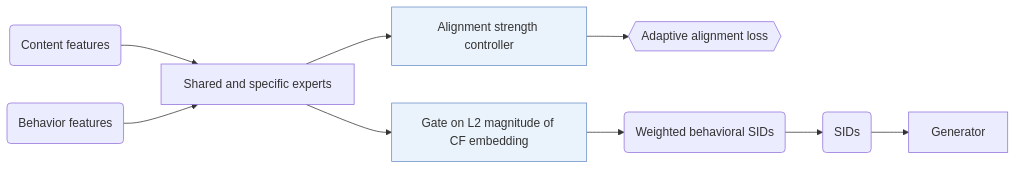
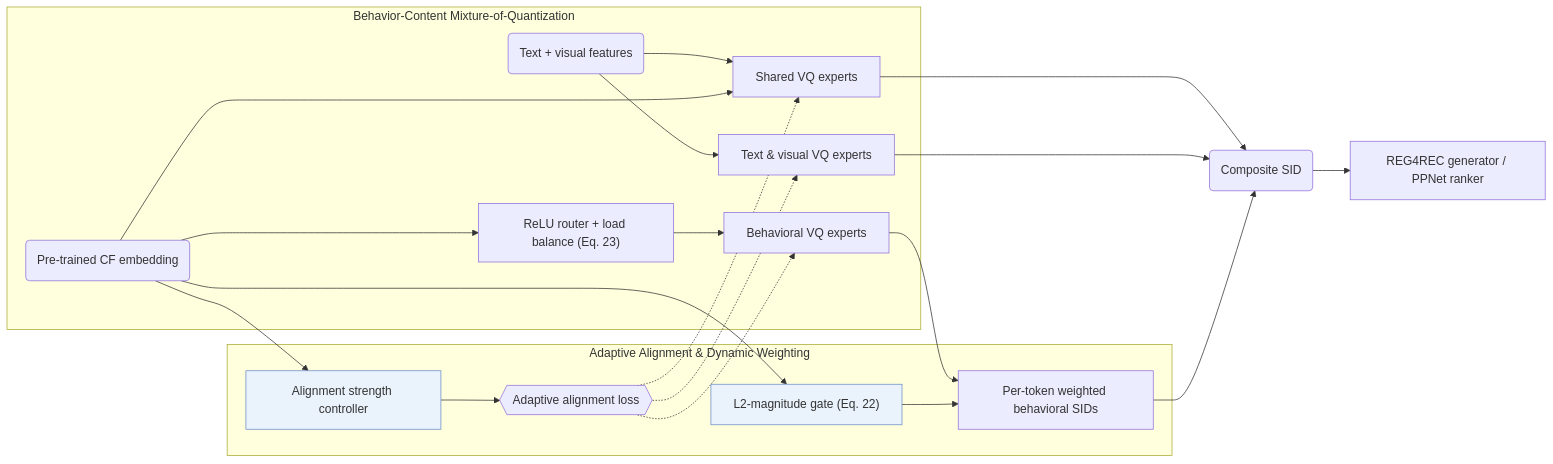
One commit to Galaxy-ghost/Awesome-SID-Generative-Rec changed the diagram in notes/adc-sid.md. Above: the diagram before and after it, drawn with Mermaid. The commit also changed other lines of this file and 649 other files, not shown here.

Commit message:
writer-05: also tags and modality index (schema, check, build, visuals); summary field removed; calibration data for 12 papers

````diff
--- a/notes/adc-sid.md
+++ b/notes/adc-sid.md
@@ -13,12 +14,25 @@
 ```mermaid
 flowchart LR
-    A("Content features") --> M["Shared and specific experts"]
-    B("Behavior features") --> M
-    M --> C["Alignment strength controller"]:::key
-    M --> D["Gate on L2 magnitude of CF embedding"]:::key
-    C --> L1{{"Adaptive alignment loss"}}
-    D --> W("Weighted behavioral SIDs")
-    W --> E("SIDs")
-    E --> G["Generator"]
+    subgraph MoEVQ["Behavior-Content Mixture-of-Quantization"]
+        Txt("Text + visual features") --> ShExp["Shared VQ experts"]
+        Beh("Pre-trained CF embedding") --> ShExp
+        Txt --> ContExp["Text & visual VQ experts"]
+        Beh --> Router["ReLU router + load balance (Eq. 23)"]
+        Router --> BehExp["Behavioral VQ experts"]
+    end
+    subgraph Denoise["Adaptive Alignment & Dynamic Weighting"]
+        Beh --> Ctrl["Alignment strength controller"]:::key
+        Ctrl --> LAlign{{"Adaptive alignment loss"}}
+        LAlign -.-> ShExp
+        LAlign -.-> ContExp
+        LAlign -.-> BehExp
+        Beh --> Gate["L2-magnitude gate (Eq. 22)"]:::key
+        BehExp --> WSum["Per-token weighted behavioral SIDs"]
+        Gate --> WSum
+    end
+    ShExp --> OutSID("Composite SID")
+    ContExp --> OutSID
+    WSum --> OutSID
+    OutSID --> Down["REG4REC generator / PPNet ranker"]
     classDef key fill:#eaf2fb,stroke:#6b8fc7
 ```
````
